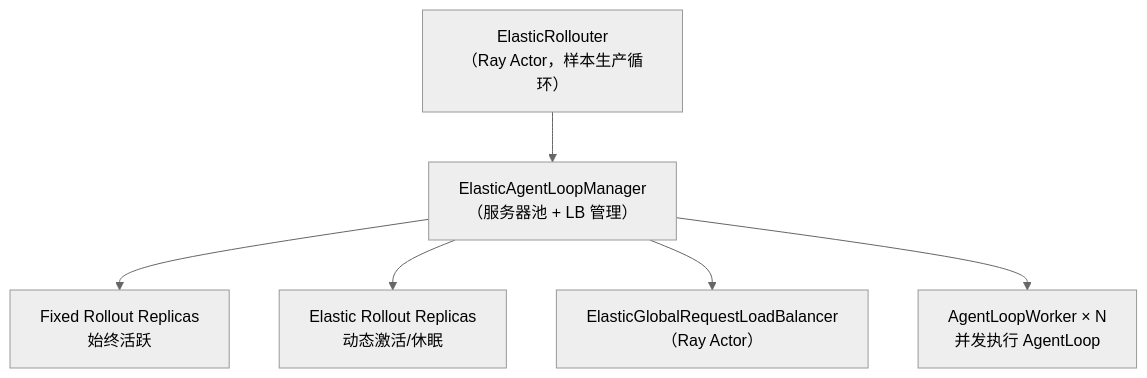
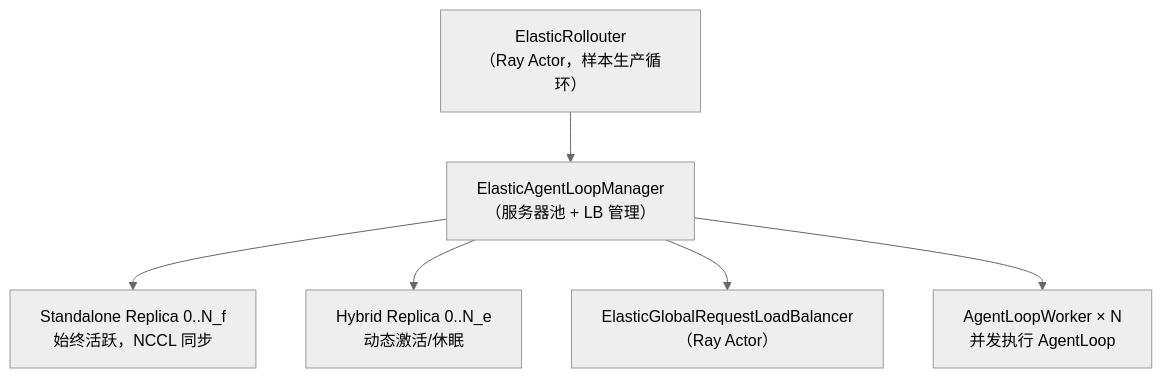
The sixth of 12 diagrams in verl/experimental/elastic_scheduling/README.md (meituan-search/verl), drawn with Mermaid (neutral theme) before and after one commit. The commit also changed other lines of this file, not shown here.

````diff
--- a/verl/experimental/elastic_scheduling/README.md
+++ b/verl/experimental/elastic_scheduling/README.md
@@ -236,15 +244,15 @@
 ```mermaid
 graph TB
     ER["ElasticRollouter<br/>（Ray Actor，样本生产循环）"]
     EAM["ElasticAgentLoopManager<br/>（服务器池 + LB 管理）"]
-    FR["Fixed Rollout Replicas<br/>始终活跃"]
-    ELR["Elastic Rollout Replicas<br/>动态激活/休眠"]
+    FR["Standalone Replica 0..N_f<br/>始终活跃，NCCL 同步"]
+    ELR["Hybrid Replica 0..N_e<br/>动态激活/休眠"]
     LB["ElasticGlobalRequestLoadBalancer<br/>（Ray Actor）"]
     W["AgentLoopWorker × N<br/>并发执行 AgentLoop"]
 
     ER --> EAM
     EAM --> FR
     EAM --> ELR
     EAM --> LB
     EAM --> W
 ```
````
